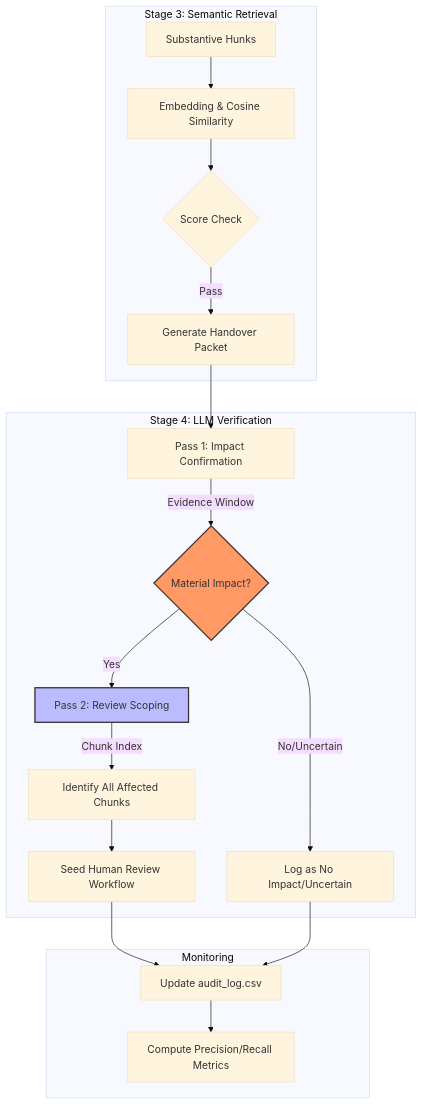
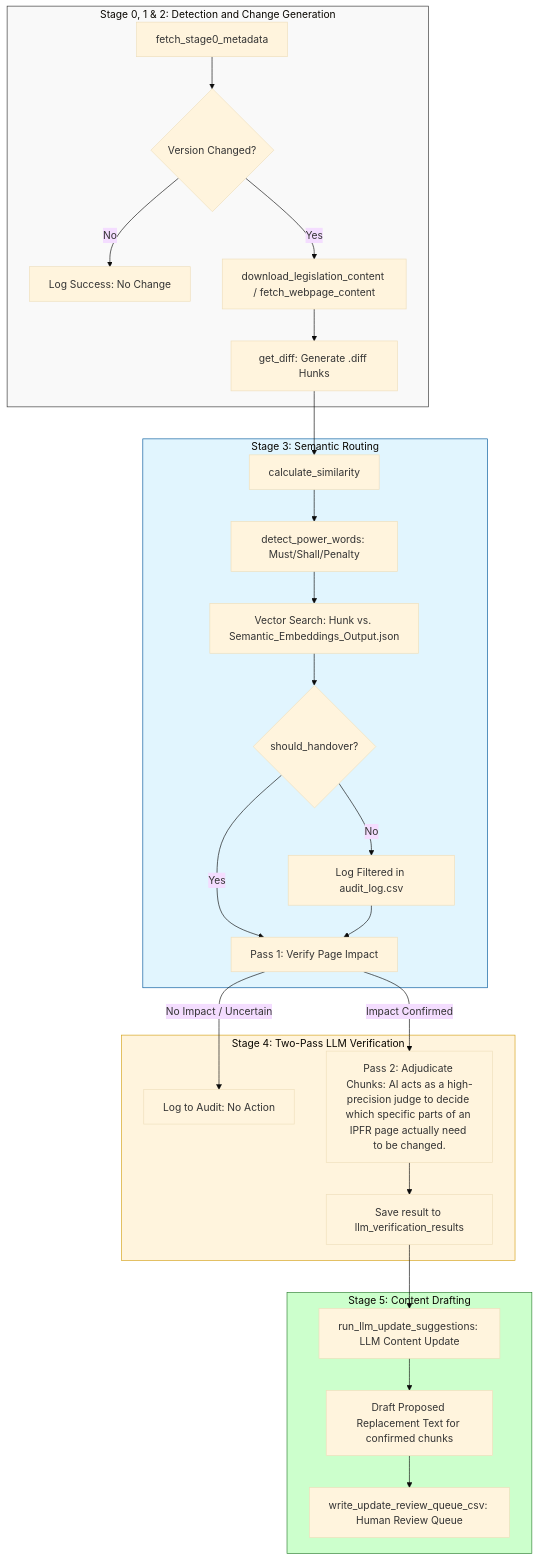
One commit to Thomas-Amann-IPAustralia/Tripwire changed the second of 2 diagrams in README.md. Above: the diagram before and after it, drawn with Mermaid (base theme). The commit also changed other lines of this file, not shown here.

Commit message:
Add updated process flow

````diff
--- a/README.md
+++ b/README.md
@@ -155,28 +191,37 @@
 ```mermaid
 graph TD
-    subgraph Stage_3 [Stage 3: Semantic Retrieval]
-        A[Substantive Hunks] --> B[Embedding & Cosine Similarity]
-        B --> C{Score Check}
-        C -- Pass --> D[Generate Handover Packet]
+    subgraph Stage0 [Stage 0, 1 & 2: Detection and Change Generation]
+        A[fetch_stage0_metadata] --> B{Version Changed?}
+        B -- No --> C[Log Success: No Change]
+        B -- Yes --> D[download_legislation_content / fetch_webpage_content]
+        D --> E[get_diff: Generate .diff Hunks]
     end
 
-    subgraph Stage_4 [Stage 4: LLM Verification]
-        D --> E[Pass 1: Impact Confirmation]
-        E --> |Evidence Window| F{Material Impact?}
-        
-        F -- Yes --> G[Pass 2: Review Scoping]
-        F -- No/Uncertain --> H[Log as No Impact/Uncertain]
-        
-        G --> |Chunk Index| I[Identify All Affected Chunks]
-        I --> J[Seed Human Review Workflow]
+    subgraph Stage3 [Stage 3: Semantic Routing]
+        E --> F[calculate_similarity]
+        F --> G[detect_power_words: Must/Shall/Penalty]
+        G --> H[Vector Search: Hunk vs. Semantic_Embeddings_Output.json]
+        H --> I{should_handover?}
+        I -- No --> J[Log Filtered in audit_log.csv]
+        I -- Yes --> K[generate_handover_packets: JSON to handover_packets/]
     end
 
-    subgraph Audit_and_Metrics [Monitoring]
-        J --> K[Update audit_log.csv]
-        H --> K
-        K --> L[Compute Precision/Recall Metrics]
+    subgraph Stage4 [Stage 4: Two-Pass LLM Verification]
+        J --> K[Pass 1: Verify Page Impact]
+        K -- "No Impact / Uncertain" --> K_Exit[Log to Audit: No Action]
+        K -- "Impact Confirmed" --> L[Pass 2: Adjudicate Chunks: AI acts as a high-precision judge to decide which specific parts of an IPFR page actually need to be changed.]
+        L --> O[Save result to llm_verification_results]
     end
 
-    style F fill:#f96,stroke:#333,stroke-width:2px
-    style G fill:#bbf,stroke:#333,stroke-width:2px
+    subgraph Stage5 [Stage 5: Content Drafting]
+        O --> P[run_llm_update_suggestions: LLM Content Update]
+        P --> Q[Draft Proposed Replacement Text for confirmed chunks]
+        Q --> R[write_update_review_queue_csv: Human Review Queue]
+    end
+
+    %% Styles
+    style Stage0 fill:#f9f9f9,stroke:#333
+    style Stage3 fill:#e1f5fe,stroke:#01579b
+    style Stage4 fill:#fff4dd,stroke:#d4a017
+    style Stage5 fill:#ccffcc,stroke:#2e7d32
 ```
````
